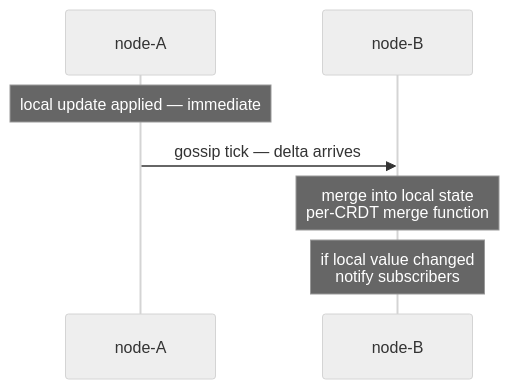
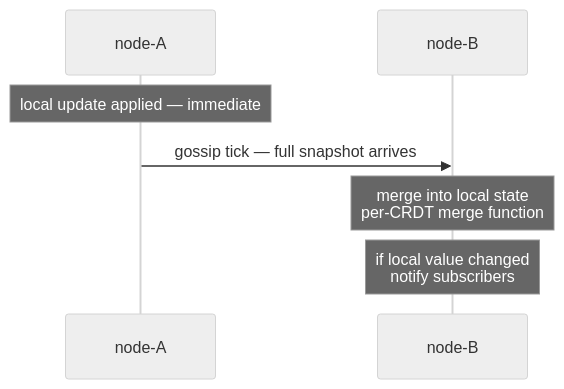
One commit to pathosDev/actor-ts changed the diagram in docs/src/content/docs/distributed-data/replication.mdx. Above: the diagram before and after it, drawn with Mermaid (neutral theme). The commit also changed other lines of this file and 79 other files, not shown here.

````diff
--- a/docs/src/content/docs/distributed-data/replication.mdx
+++ b/docs/src/content/docs/distributed-data/replication.mdx
@@ -20,9 +21,9 @@
 ```mermaid
 sequenceDiagram
   participant A as node-A
   participant B as node-B
   Note over A: local update applied — immediate
-  A->>B: gossip tick — delta arrives
+  A->>B: gossip tick — full snapshot arrives
   Note over B: merge into local state<br/>per-CRDT merge function
   Note over B: if local value changed<br/>notify subscribers
 ```
````
